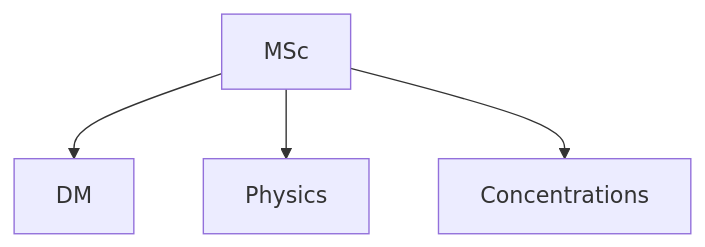
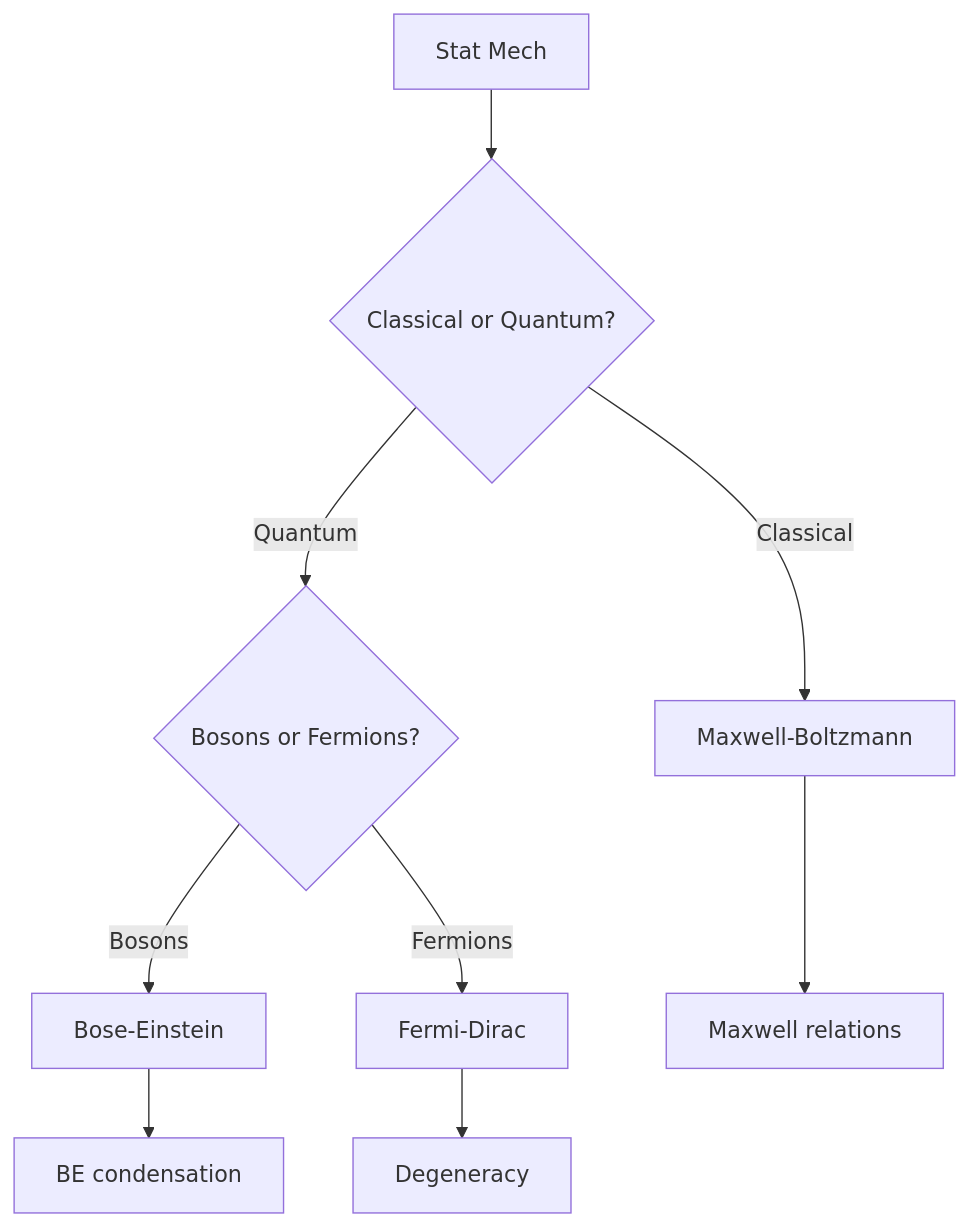
The fourth of 5 diagrams in 04_MPhil_PhD_Prep/qualifying_exam_practice/README.md (yip-lgtm/PhysicsSelfStudy), drawn with Mermaid before and after one commit. The commit also changed other lines of this file and 4 other files, not shown here.

````diff
--- a/04_MPhil_PhD_Prep/qualifying_exam_practice/README.md
+++ b/04_MPhil_PhD_Prep/qualifying_exam_practice/README.md
@@ -128,6 +593,11 @@
 ```mermaid
 graph TD
-    A[MSc] --> B[DM]
-    A --> C[Physics]
-    A --> D[Concentrations]
+    A[Stat Mech] --> B{Classical or Quantum?}
+    B -->|Classical| C[Maxwell-Boltzmann]
+    B -->|Quantum| D{Bosons or Fermions?}
+    D -->|Bosons| E[Bose-Einstein]
+    D -->|Fermions| F[Fermi-Dirac]
+    C --> G[Maxwell relations]
+    E --> H[BE condensation]
+    F --> I[Degeneracy]
 ```
````
